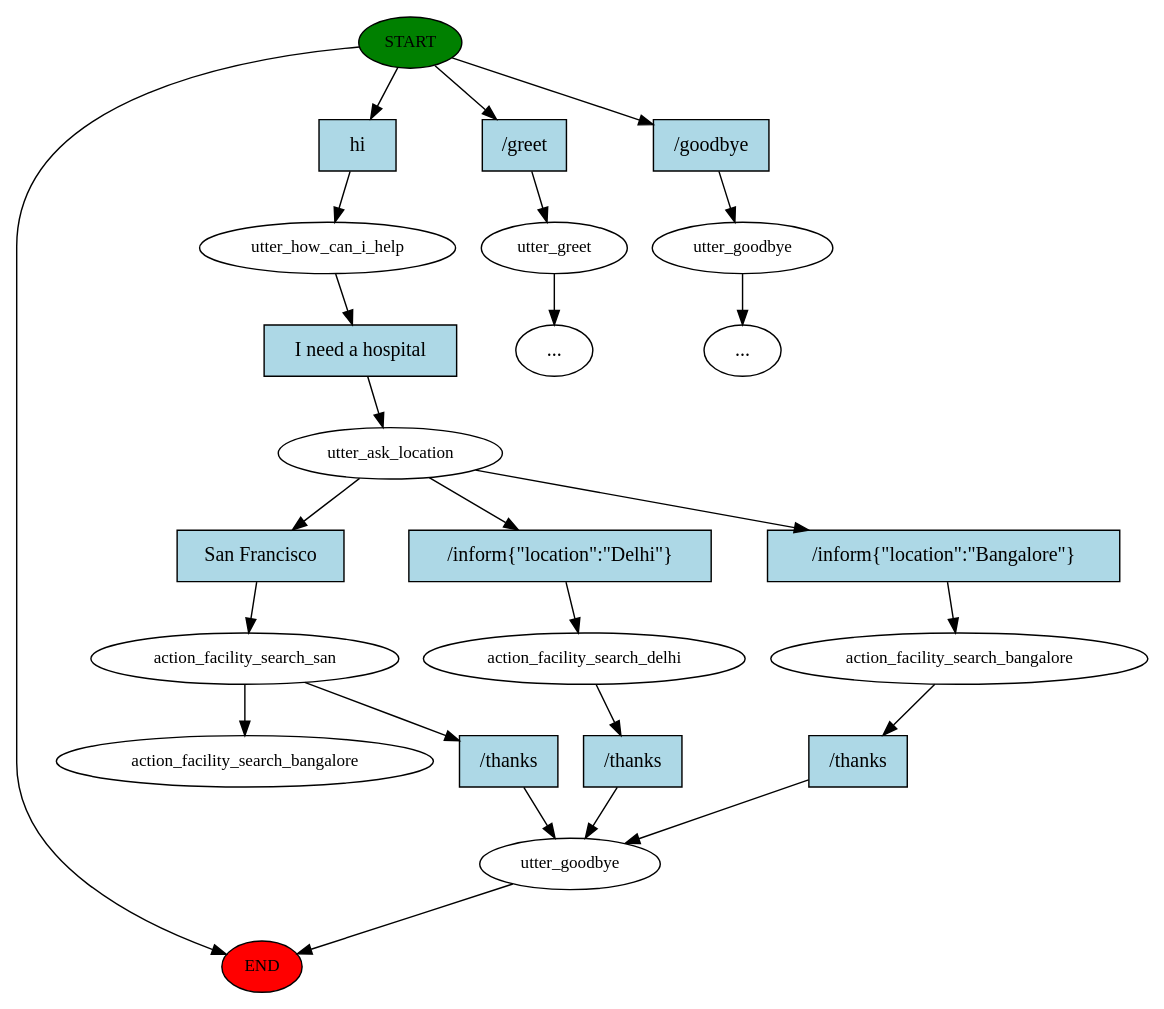
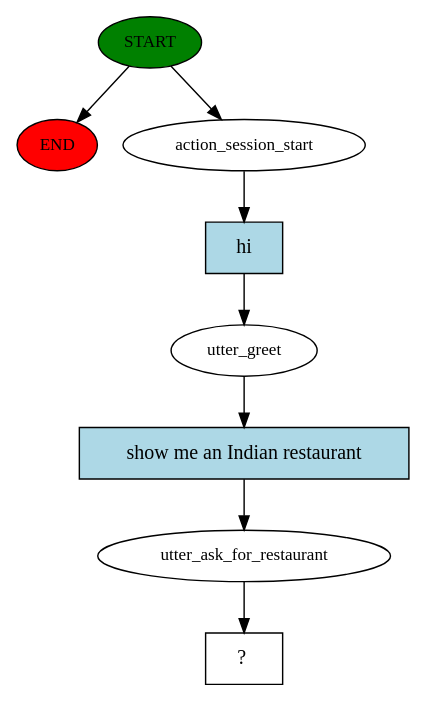
One commit to swetabhmukherjee/rasa-test-bot changed the diagram in story_graph.dot. Above: the diagram before and after it, drawn with Graphviz. The commit also changed 39 other files, not shown here.

```diff
--- a/story_graph.dot
+++ b/story_graph.dot
@@ -1,50 +1,17 @@
 digraph  {
 0 [class="start active", fillcolor=green, fontsize=12, label=START, style=filled];
 "-1" [class=end, fillcolor=red, fontsize=12, label=END, style=filled];
-1 [class=active, fontsize=12, label=utter_how_can_i_help];
-2 [class=active, fontsize=12, label=utter_ask_location];
-3 [class=active, fontsize=12, label=action_facility_search_san];
-4 [class="", fontsize=12, label=utter_goodbye];
-7 [class="", fontsize=12, label=action_facility_search_delhi];
-11 [class="", fontsize=12, label=action_facility_search_bangalore];
-13 [class="", fontsize=12, label=utter_greet];
-"-5" [class=ellipsis, label="..."];
-16 [class="", fontsize=12, label=utter_goodbye];
-"-6" [class=ellipsis, label="..."];
-20 [class="dashed active", fontsize=12, label=action_facility_search_bangalore];
-21 [class="intent active", fillcolor=lightblue, label=hi, shape=rect, style=filled];
-22 [class=intent, fillcolor=lightblue, label="/greet", shape=rect, style=filled];
-23 [class=intent, fillcolor=lightblue, label="/goodbye", shape=rect, style=filled];
-24 [class="intent active", fillcolor=lightblue, label="I need a hospital", shape=rect, style=filled];
-25 [class="intent active", fillcolor=lightblue, label="San Francisco", shape=rect, style=filled];
-26 [class=intent, fillcolor=lightblue, label="/inform{\"location\":\"Delhi\"}", shape=rect, style=filled];
-27 [class=intent, fillcolor=lightblue, label="/inform{\"location\":\"Bangalore\"}", shape=rect, style=filled];
-28 [class=intent, fillcolor=lightblue, label="/thanks", shape=rect, style=filled];
-29 [class=intent, fillcolor=lightblue, label="/thanks", shape=rect, style=filled];
-30 [class=intent, fillcolor=lightblue, label="/thanks", shape=rect, style=filled];
+1 [class=active, fontsize=12, label=action_session_start];
+2 [class=active, fontsize=12, label=utter_greet];
+3 [class=active, fontsize=12, label=utter_ask_for_restaurant];
+4 [class="intent dashed active", label="  ?  ", shape=rect];
+5 [class="intent active", fillcolor=lightblue, label=hi, shape=rect, style=filled];
+6 [class="intent active", fillcolor=lightblue, label="show me an Indian restaurant", shape=rect, style=filled];
 0 -> "-1"  [class="", key=NONE, label=""];
-0 -> 21  [class=active, key=0];
-0 -> 22  [class="", key=0];
-0 -> 23  [class="", key=0];
-1 -> 24  [class=active, key=0];
-2 -> 25  [class=active, key=0];
-2 -> 26  [class="", key=0];
-2 -> 27  [class="", key=0];
-3 -> 20  [class=active, key=NONE, label=""];
-3 -> 28  [class="", key=0];
-4 -> "-1"  [class="", key=NONE, label=""];
-7 -> 29  [class="", key=0];
-11 -> 30  [class="", key=0];
-13 -> "-5"  [class="", key=NONE, label=""];
-16 -> "-6"  [class="", key=NONE, label=""];
-21 -> 1  [class=active, key=0];
-22 -> 13  [class="", key=0];
-23 -> 16  [class="", key=0];
-24 -> 2  [class=active, key=0];
-25 -> 3  [class=active, key=0];
-26 -> 7  [class="", key=0];
-27 -> 11  [class="", key=0];
-28 -> 4  [class="", key=0];
-29 -> 4  [class="", key=0];
-30 -> 4  [class="", key=0];
+0 -> 1  [class=active, key=NONE, label=""];
+1 -> 5  [class=active, key=0];
+2 -> 6  [class=active, key=0];
+3 -> 4  [class=active, key=NONE, label=""];
+5 -> 2  [class=active, key=0];
+6 -> 3  [class=active, key=0];
 }
```
